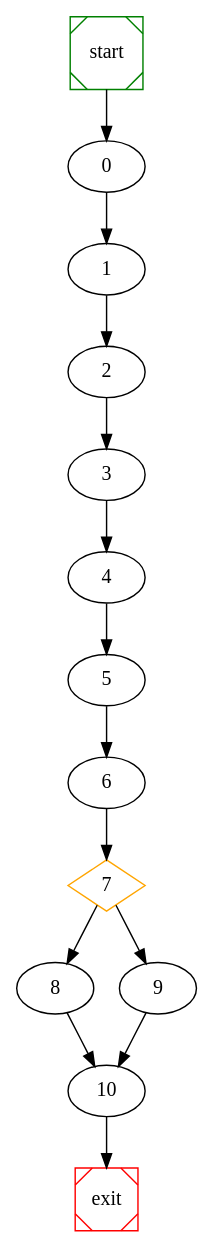
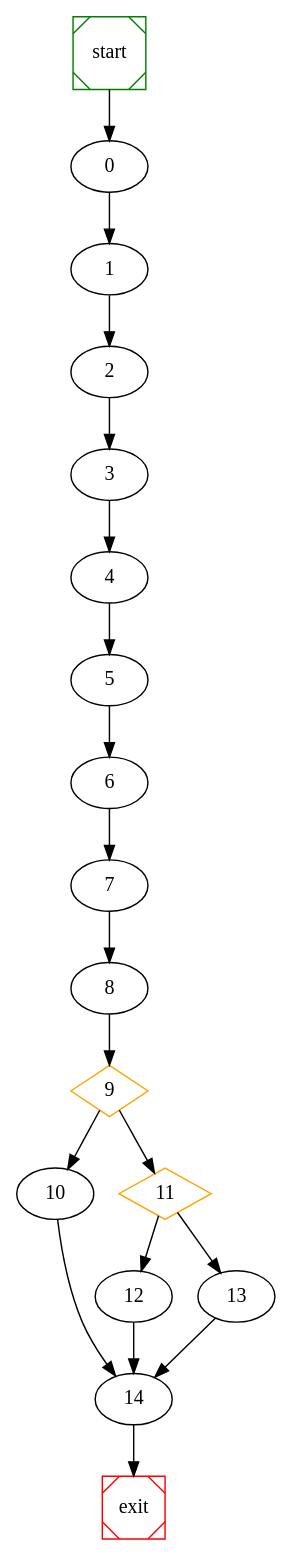
Before and after one commit to NabeelQaiser/BTP_2k18-19: the diagram in wpc/raw_graph.dot, drawn with Graphviz. The commit also changed 9 other files, not shown here.

```diff
--- a/wpc/raw_graph.dot
+++ b/wpc/raw_graph.dot
@@ -1,21 +1,27 @@
 # dot file created at runtime
 
 digraph G {
 	start -> 0;
 	0 -> 1 ;
 	1 -> 2 ;
 	2 -> 3 ;
 	3 -> 4 ;
 	4 -> 5 ;
 	5 -> 6 ;
-	7 [shape=diamond, color=orange] ;
+	6 -> 7 ;
 	7 -> 8 ;
-	7 -> 9 ;
-	6 -> 7 ;
+	9 [shape=diamond, color=orange] ;
 	9 -> 10 ;
-	8 -> 10 ;
-	10 -> exit;
+	11 [shape=diamond, color=orange] ;
+	9 -> 11 ;
+	11 -> 12 ;
+	11 -> 13 ;
+	8 -> 9 ;
+	12 -> 14 ;
+	10 -> 14 ;
+	13 -> 14 ;
+	14 -> exit;
 
 	start [shape=Msquare, color=green];
 	exit [shape=Msquare, color=red];
 }
```
